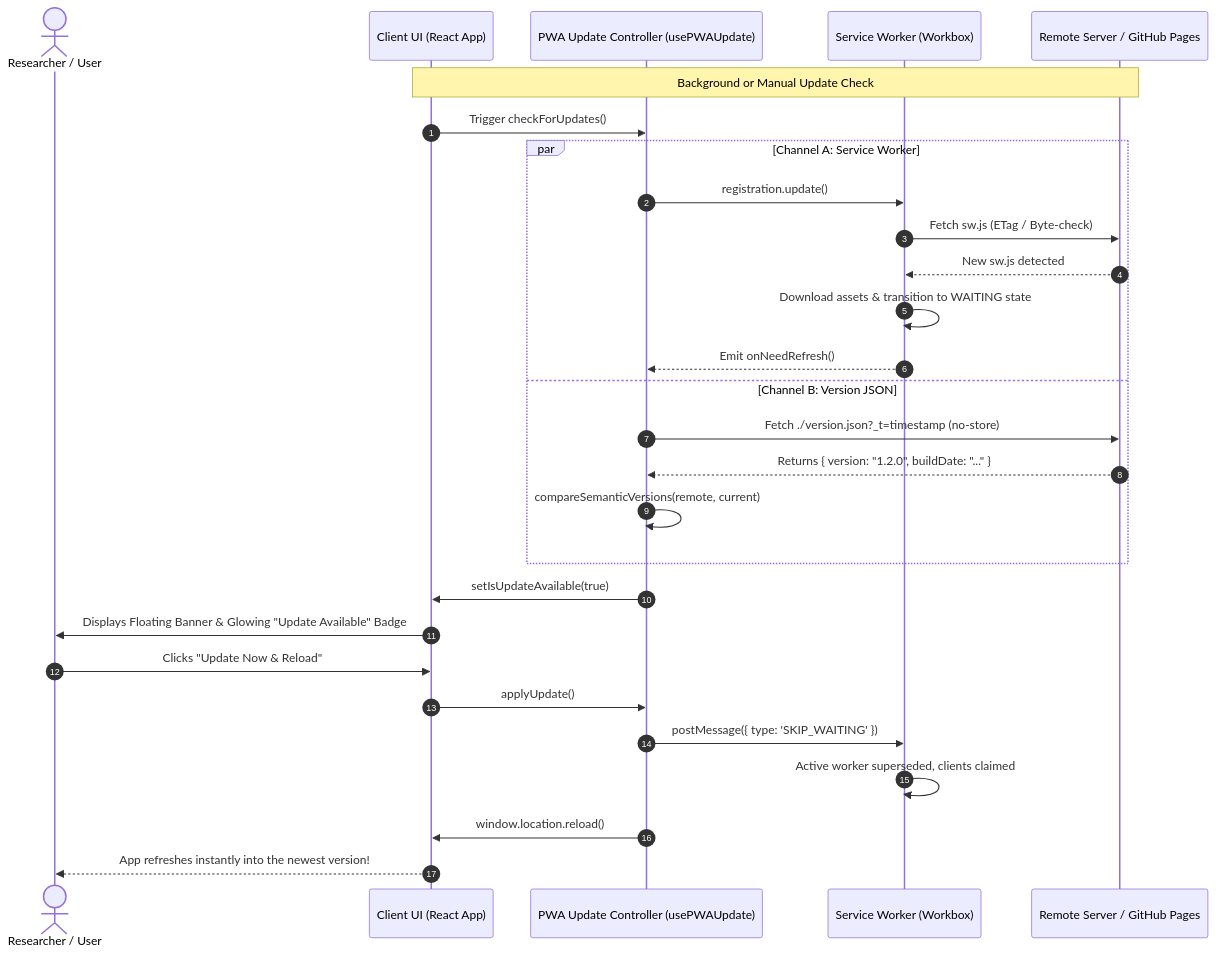
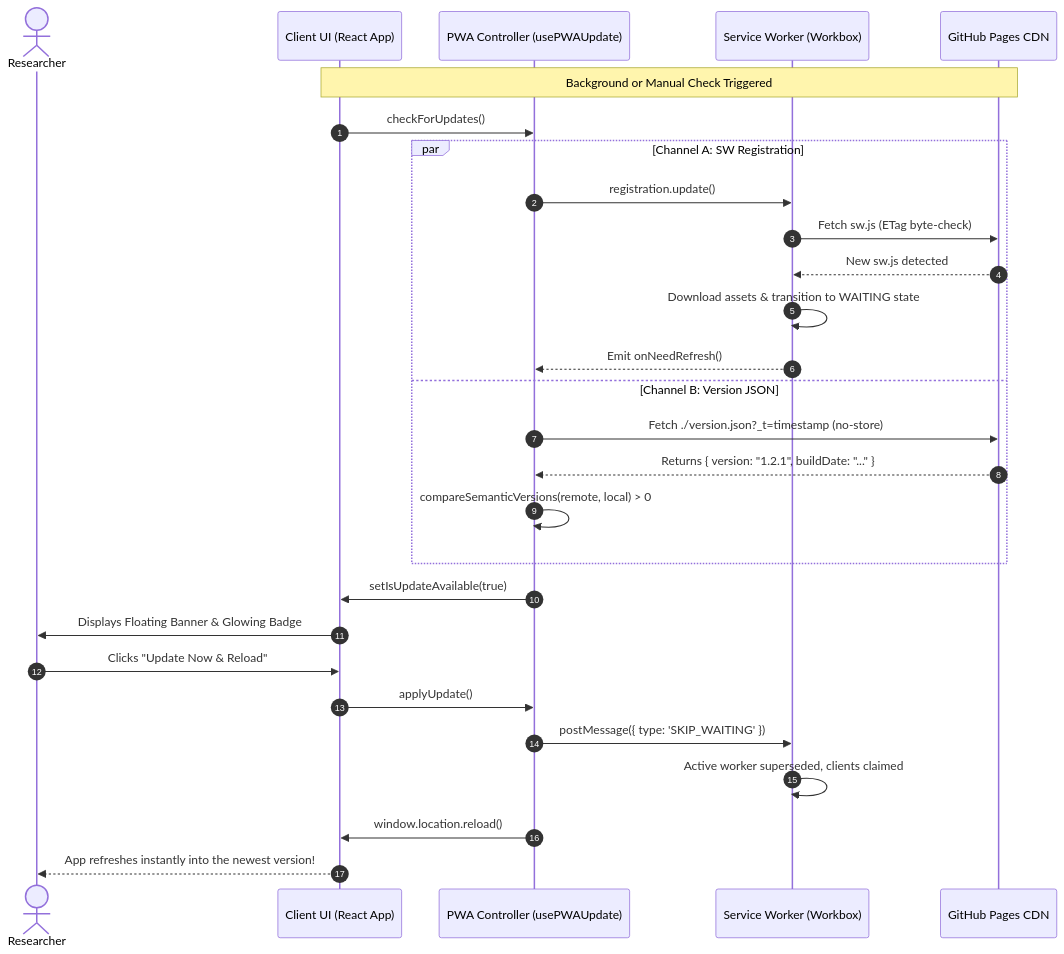
Before and after one commit to CptNope/Chronos-and-Canon: the second of 2 diagrams in README.md, drawn with Mermaid. The commit also changed other lines of this file and 20 other files, not shown here.

````diff
--- a/README.md
+++ b/README.md
@@ -116,33 +305,32 @@
 ```mermaid
 sequenceDiagram
     autonumber
-    actor User as Researcher / User
+    actor User as Researcher
     participant App as Client UI (React App)
-    participant Ctrl as PWA Update Controller (usePWAUpdate)
+    participant Ctrl as PWA Controller (usePWAUpdate)
     participant SW as Service Worker (Workbox)
-    participant CDN as Remote Server / GitHub Pages
+    participant CDN as GitHub Pages CDN
 
-    Note over App,CDN: Background or Manual Update Check
-    App->>Ctrl: Trigger checkForUpdates()
-    par Channel A: Service Worker
+    Note over App,CDN: Background or Manual Check Triggered
+    App->>Ctrl: checkForUpdates()
+    par Channel A: SW Registration
         Ctrl->>SW: registration.update()
-        SW->>CDN: Fetch sw.js (ETag / Byte-check)
+        SW->>CDN: Fetch sw.js (ETag byte-check)
         CDN-->>SW: New sw.js detected
         SW->>SW: Download assets & transition to WAITING state
         SW-->>Ctrl: Emit onNeedRefresh()
     and Channel B: Version JSON
         Ctrl->>CDN: Fetch ./version.json?_t=timestamp (no-store)
-        CDN-->>Ctrl: Returns { version: "1.2.0", buildDate: "..." }
-        Ctrl->>Ctrl: compareSemanticVersions(remote, current)
+        CDN-->>Ctrl: Returns { version: "1.2.1", buildDate: "..." }
+        Ctrl->>Ctrl: compareSemanticVersions(remote, local) > 0
     end
 
     Ctrl->>App: setIsUpdateAvailable(true)
-    App->>User: Displays Floating Banner & Glowing "Update Available" Badge
-    
+    App->>User: Displays Floating Banner & Glowing Badge
     User->>App: Clicks "Update Now & Reload"
     App->>Ctrl: applyUpdate()
     Ctrl->>SW: postMessage({ type: 'SKIP_WAITING' })
     SW->>SW: Active worker superseded, clients claimed
     Ctrl->>App: window.location.reload()
     App-->>User: App refreshes instantly into the newest version!
 ```
````
